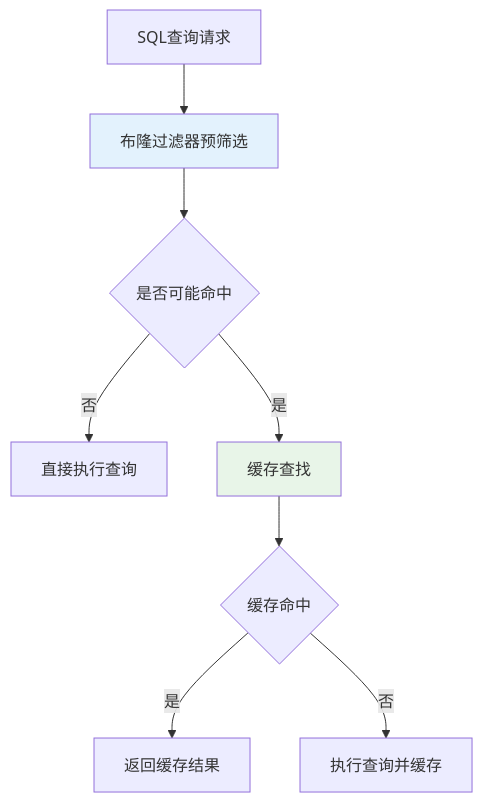
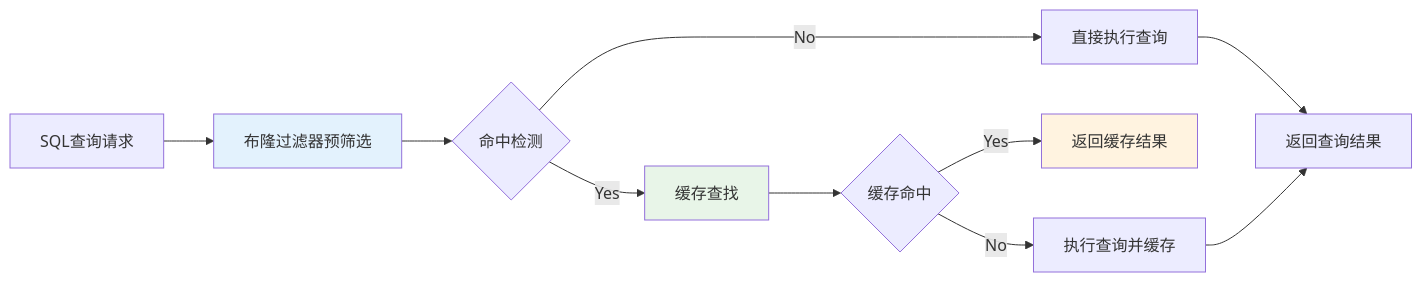
The diagram in md/_integrated_docx_out/images/3-图3.1 动态缓存管理系统整体流程.mmd (crazypenguincode/duckdb), drawn with Mermaid before and after one commit. The commit also changed 144 other files, not shown here.

Commit message:
调整图片

```diff
--- a/md/_integrated_docx_out/images/3-图3.1 动态缓存管理系统整体流程.mmd
+++ b/md/_integrated_docx_out/images/3-图3.1 动态缓存管理系统整体流程.mmd
@@ -1,11 +1,14 @@
-graph TB
+flowchart LR
     A[SQL查询请求] --> B[布隆过滤器预筛选]
-    B --> C{是否可能命中}
-    C -->|否| D[直接执行查询]
-    C -->|是| E[缓存查找]
+    B --> C{命中检测}
+    C -->|No| D[直接执行查询]
+    C -->|Yes| E[缓存查找]
     E --> F{缓存命中}
-    F -->|是| G[返回缓存结果]
-    F -->|否| H[执行查询并缓存]
+    F -->|Yes| G[返回缓存结果]
+    F -->|No| H[执行查询并缓存]
+    D --> I[返回查询结果]
+    H --> I
     
     style B fill:#e3f2fd
     style E fill:#e8f5e8
+    style G fill:#fff3e0
```
